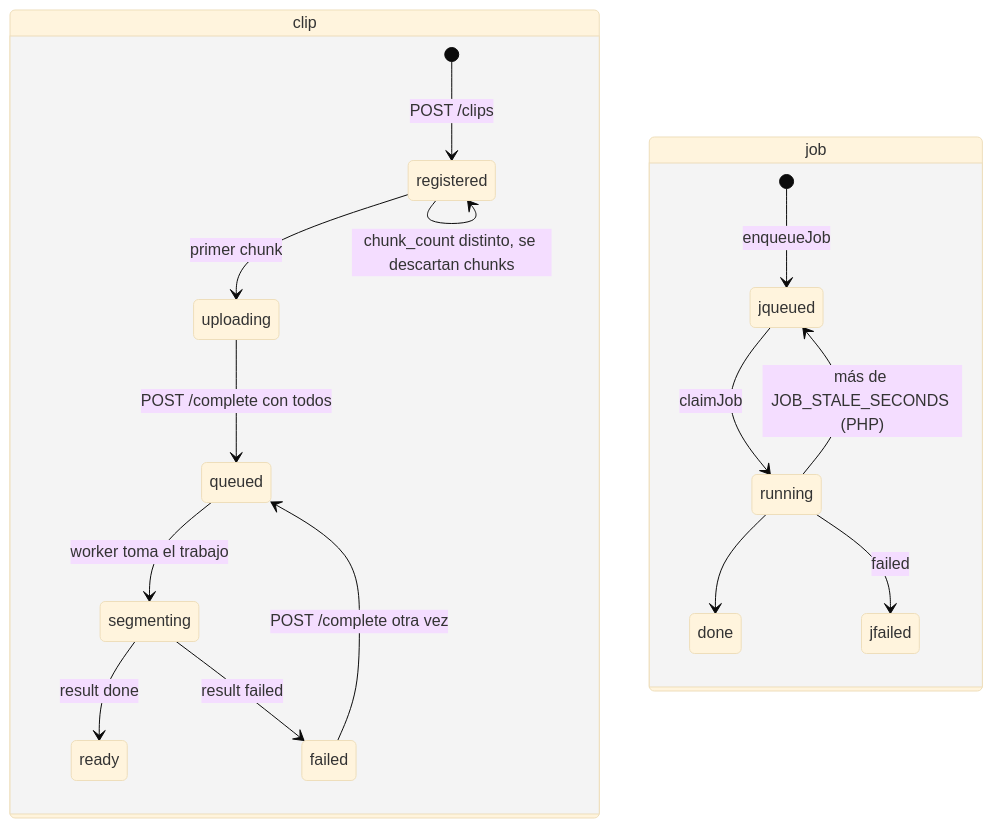
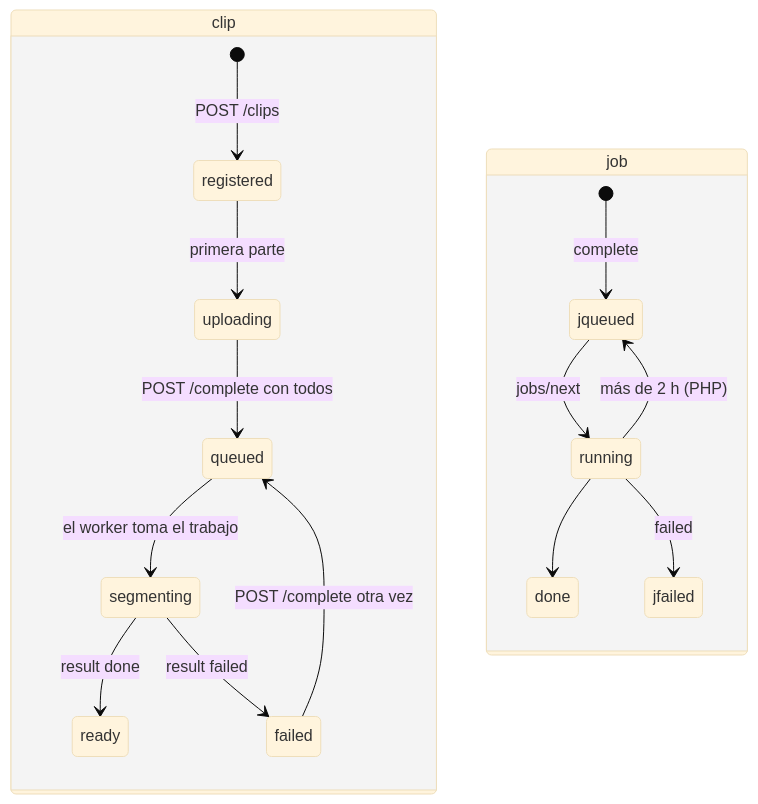
Before and after one commit to pepemxl/meta-ai-hackathon-2026: the third of 3 diagrams in docs/arquitectura/03-api.md, drawn with Mermaid (base theme). The commit also changed other lines of this file and 16 other files, not shown here.

````diff
--- a/docs/arquitectura/03-api.md
+++ b/docs/arquitectura/03-api.md
@@ -174,20 +173,19 @@
 ```mermaid
 stateDiagram-v2
     state "clip" as C {
         [*] --> registered: POST /clips
-        registered --> uploading: primer chunk
+        registered --> uploading: primera parte
         uploading --> queued: POST /complete con todos
-        queued --> segmenting: worker toma el trabajo
+        queued --> segmenting: el worker toma el trabajo
         segmenting --> ready: result done
         segmenting --> failed: result failed
         failed --> queued: POST /complete otra vez
-        registered --> registered: chunk_count distinto, se descartan chunks
     }
     state "job" as J {
-        [*] --> jqueued: enqueueJob
-        jqueued --> running: claimJob
+        [*] --> jqueued: complete
+        jqueued --> running: jobs/next
         running --> done
         running --> jfailed: failed
-        running --> jqueued: más de JOB_STALE_SECONDS (PHP)
+        running --> jqueued: más de 2 h (PHP)
     }
 ```
````
